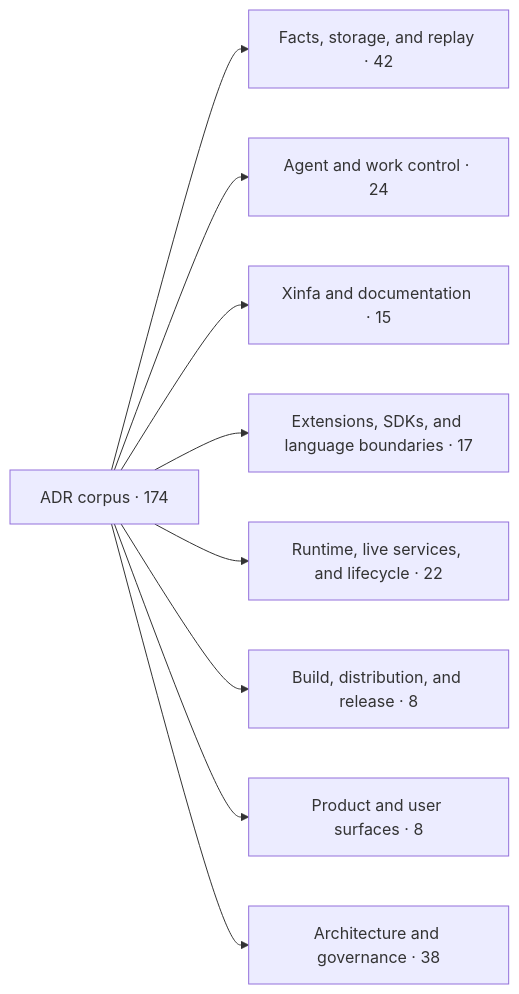
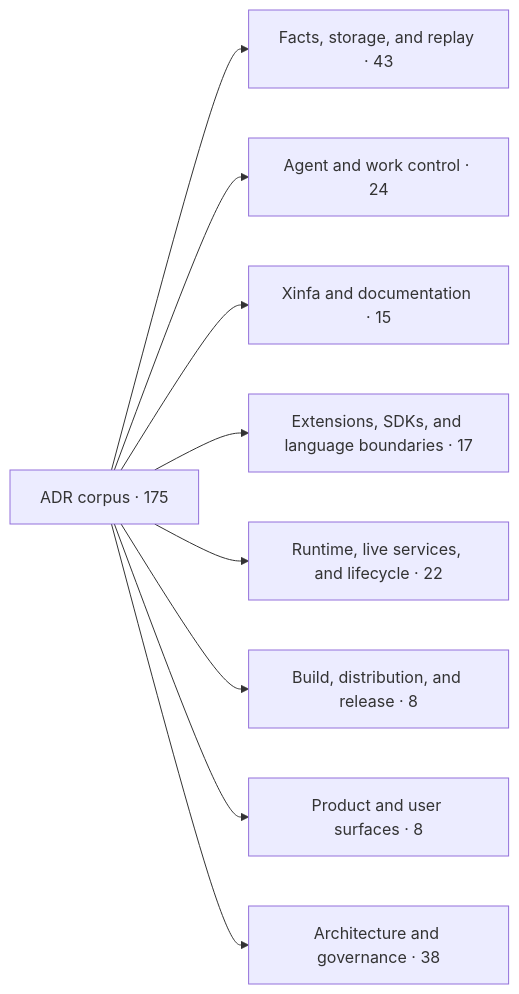
Before and after one commit to PterX/kungfu: the first of 2 diagrams in docs/architecture/adr-map.md, drawn with Mermaid. The commit also changed other lines of this file and 48 other files, not shown here.

````diff
--- a/docs/architecture/adr-map.md
+++ b/docs/architecture/adr-map.md
@@ -20,12 +20,12 @@
 ```mermaid
 flowchart LR
-  root["ADR corpus · 174"]
-  root --> d0["Facts, storage, and replay · 42"]
+  root["ADR corpus · 175"]
+  root --> d0["Facts, storage, and replay · 43"]
   root --> d1["Agent and work control · 24"]
   root --> d2["Xinfa and documentation · 15"]
   root --> d3["Extensions, SDKs, and language boundaries · 17"]
   root --> d4["Runtime, live services, and lifecycle · 22"]
   root --> d5["Build, distribution, and release · 8"]
   root --> d6["Product and user surfaces · 8"]
   root --> d7["Architecture and governance · 38"]
 ```
````
